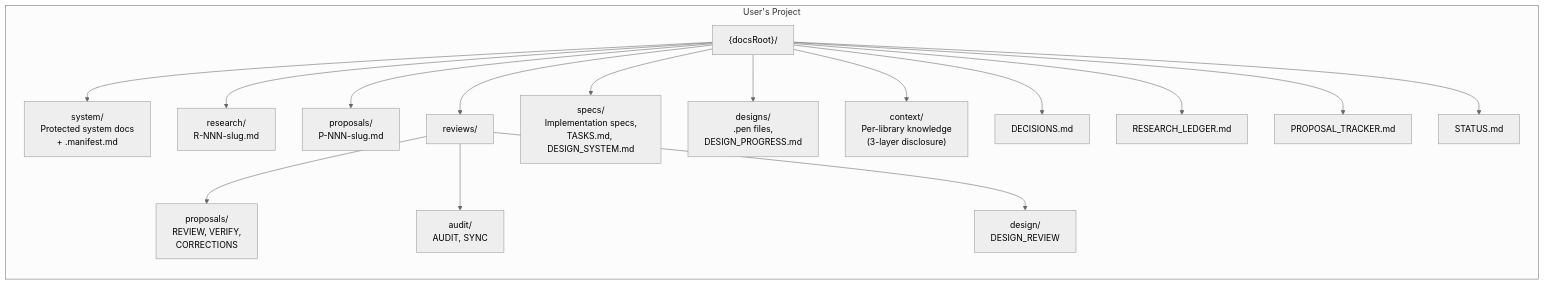
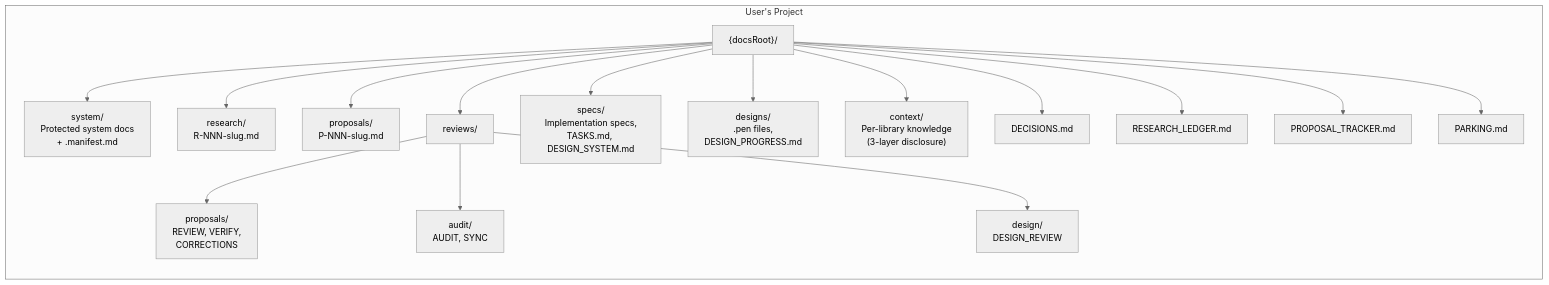
One commit to dev-eloper1/clarity-loop changed the second of 19 diagrams in docs/SYSTEM_DESIGN.md. Above: the diagram before and after it, drawn with Mermaid (neutral theme). The commit also changed other lines of this file and 43 other files, not shown here.

````diff
--- a/docs/SYSTEM_DESIGN.md
+++ b/docs/SYSTEM_DESIGN.md
@@ -80,20 +80,20 @@
 ```mermaid
 graph LR
     subgraph Project["User's Project"]
         DR["{docsRoot}/"]
         DR --> SYS["system/<br/>Protected system docs<br/>+ .manifest.md"]
         DR --> RES["research/<br/>R-NNN-slug.md"]
         DR --> PROP["proposals/<br/>P-NNN-slug.md"]
         DR --> REV["reviews/"]
         REV --> RP["proposals/<br/>REVIEW, VERIFY,<br/>CORRECTIONS"]
         REV --> RA["audit/<br/>AUDIT, SYNC"]
         REV --> RD["design/<br/>DESIGN_REVIEW"]
         DR --> SPECS["specs/<br/>Implementation specs,<br/>TASKS.md, DESIGN_SYSTEM.md"]
         DR --> DES["designs/<br/>.pen files,<br/>DESIGN_PROGRESS.md"]
         DR --> CTX["context/<br/>Per-library knowledge<br/>(3-layer disclosure)"]
         DR --> DEC["DECISIONS.md"]
         DR --> RL["RESEARCH_LEDGER.md"]
         DR --> PT["PROPOSAL_TRACKER.md"]
-        DR --> ST["STATUS.md"]
+        DR --> ST["PARKING.md"]
     end
 ```
````
